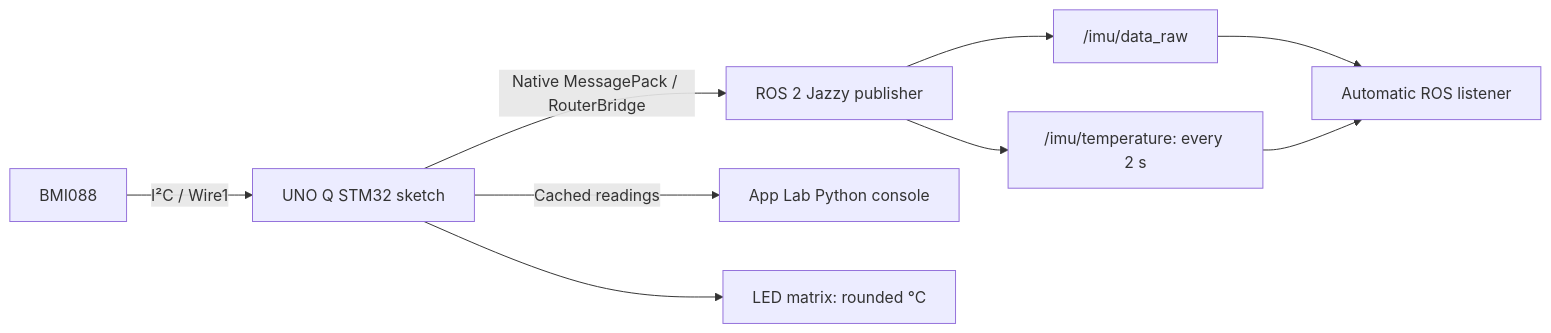
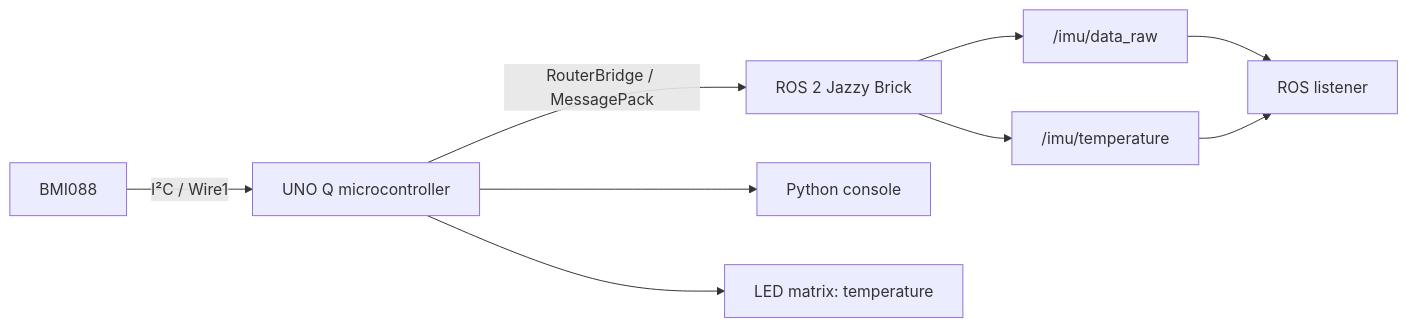
The diagram in README.md (mauringo/bosch-sensortec-ros2-unoq), drawn with Mermaid before and after one commit. The commit also changed other lines of this file and 6 other files, not shown here.

````diff
--- a/README.md
+++ b/README.md
@@ -153,11 +137,11 @@
 ```mermaid
 flowchart LR
-    Sensor["BMI088"] -->|"I²C / Wire1"| MCU["UNO Q STM32 sketch"]
-    MCU -->|"Native MessagePack / RouterBridge"| ROS["ROS 2 Jazzy publisher"]
-    MCU -->|"Cached readings"| Console["App Lab Python console"]
-    MCU --> Matrix["LED matrix: rounded °C"]
+    Sensor["BMI088"] -->|"I²C / Wire1"| MCU["UNO Q microcontroller"]
+    MCU -->|"RouterBridge / MessagePack"| ROS["ROS 2 Jazzy Brick"]
+    MCU --> Console["Python console"]
+    MCU --> Matrix["LED matrix: temperature"]
     ROS --> IMU["/imu/data_raw"]
-    ROS --> Temp["/imu/temperature: every 2 s"]
-    IMU --> Listener["Automatic ROS listener"]
+    ROS --> Temp["/imu/temperature"]
+    IMU --> Listener["ROS listener"]
     Temp --> Listener
 ```
````
